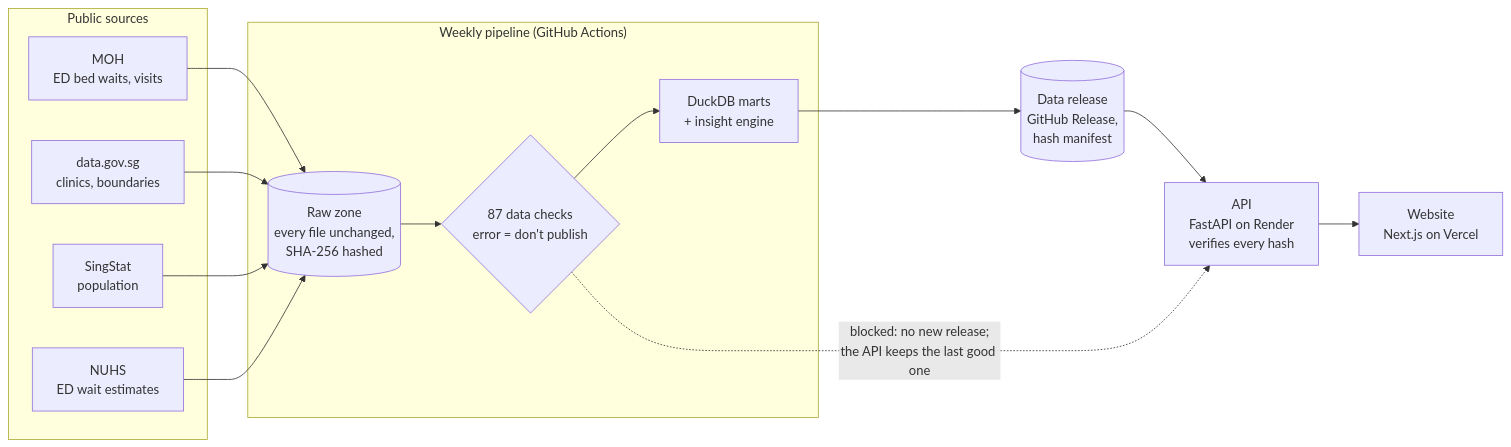
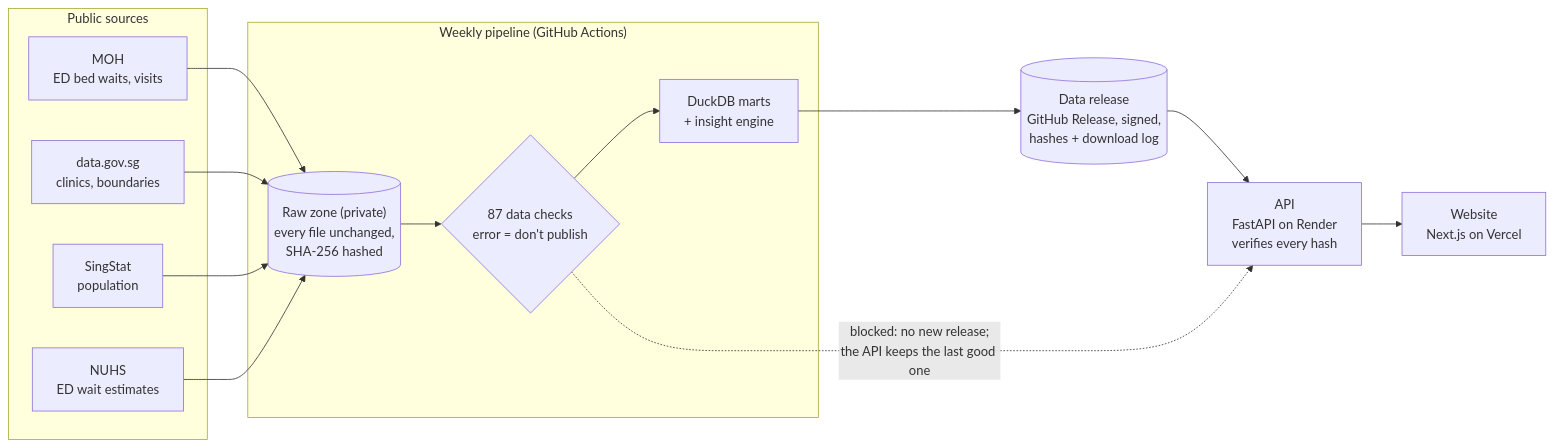
Before and after one commit to gabrielneo/sg-care-capacity: the diagram in README.md, drawn with Mermaid. The commit also changed other lines of this file and 2 other files, not shown here.

First line of the commit message:
README and methodology: data use and licences, verification, private raw store

````diff
--- a/README.md
+++ b/README.md
@@ -77,19 +77,19 @@
 ```mermaid
 flowchart LR
   subgraph Sources["Public sources"]
     MOH["MOH<br/>ED bed waits, visits"]
     DG["data.gov.sg<br/>clinics, boundaries"]
     SS["SingStat<br/>population"]
     NUHS["NUHS<br/>ED wait estimates"]
   end
   subgraph Pipeline["Weekly pipeline (GitHub Actions)"]
-    RAW[("Raw zone<br/>every file unchanged,<br/>SHA-256 hashed")]
+    RAW[("Raw zone (private)<br/>every file unchanged,<br/>SHA-256 hashed")]
     DQ{"87 data checks<br/>error = don't publish"}
     MART["DuckDB marts<br/>+ insight engine"]
   end
-  REL[("Data release<br/>GitHub Release,<br/>hash manifest")]
+  REL[("Data release<br/>GitHub Release, signed,<br/>hashes + download log")]
   API["API<br/>FastAPI on Render<br/>verifies every hash"]
   WEB["Website<br/>Next.js on Vercel"]
   MOH & DG & SS & NUHS --> RAW --> DQ --> MART --> REL --> API --> WEB
   DQ -. "blocked: no new release;<br/>the API keeps the last good one" .-> API
 ```
````
